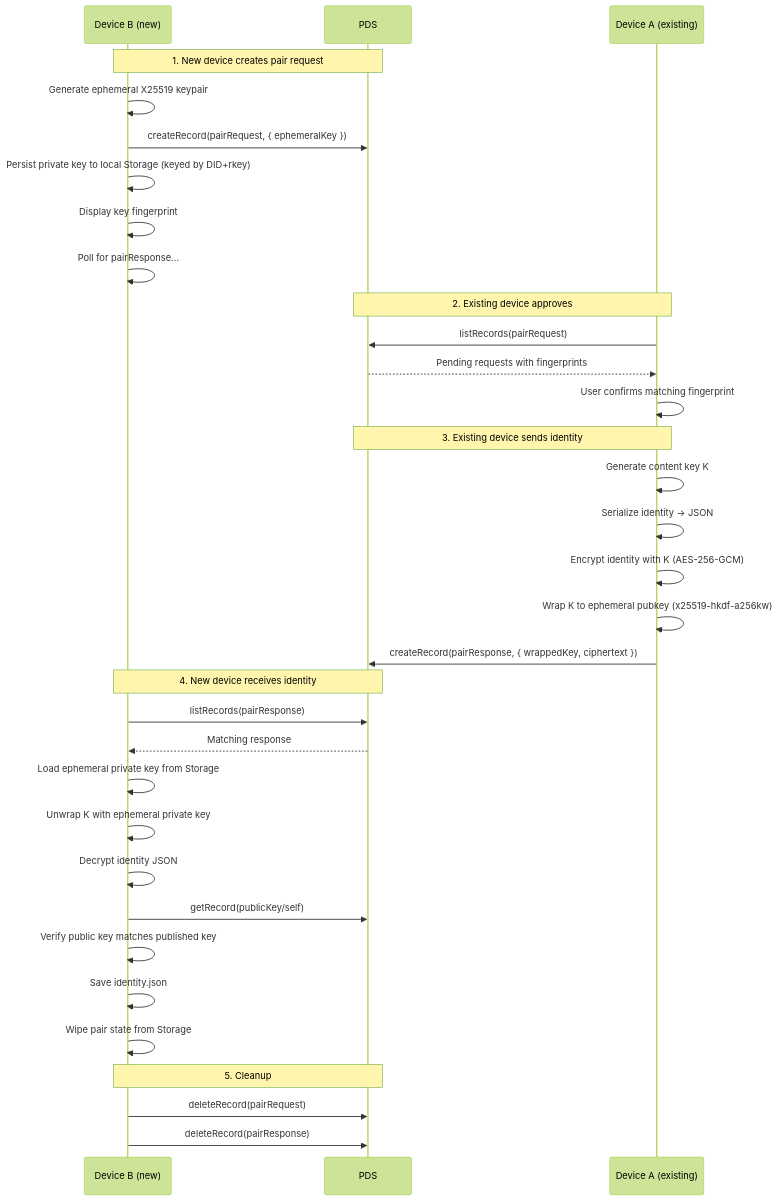
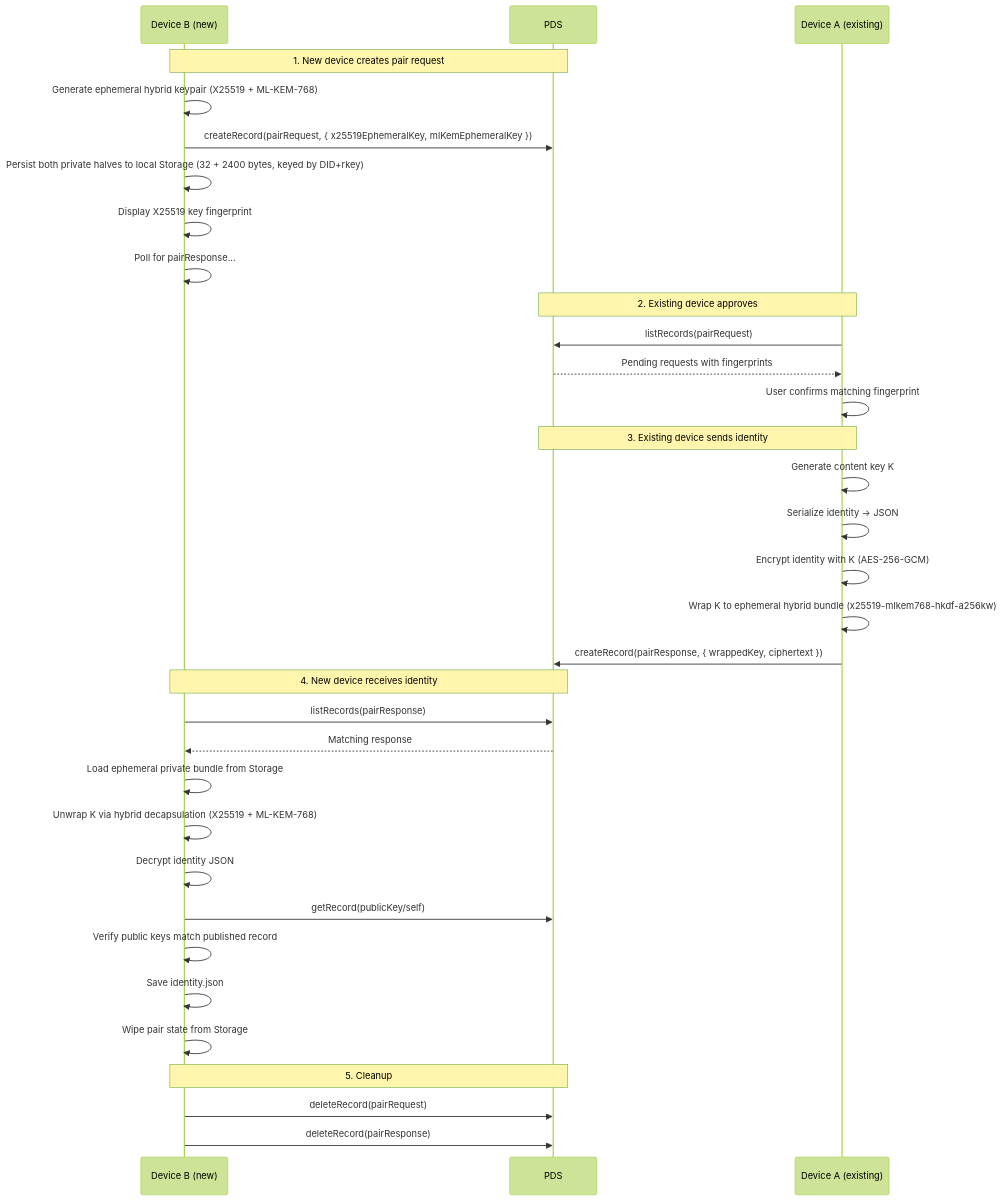
Before and after one commit to Sans-Self/Opake: the fifth of 5 diagrams in lexicons/README.md, drawn with Mermaid (forest theme). The commit also changed 4 other files, not shown here.

First line of the commit message:
Phase 5: documentation refresh for the hybrid KEM

````diff
--- a/lexicons/README.md
+++ b/lexicons/README.md
@@ -154,40 +154,40 @@
 ```mermaid
 sequenceDiagram
     participant DevB as Device B (new)
     participant PDS
     participant DevA as Device A (existing)
 
     Note over DevB,PDS: 1. New device creates pair request
-    DevB->>DevB: Generate ephemeral X25519 keypair
-    DevB->>PDS: createRecord(pairRequest, { ephemeralKey })
-    DevB->>DevB: Persist private key to local Storage (keyed by DID+rkey)
-    DevB->>DevB: Display key fingerprint
+    DevB->>DevB: Generate ephemeral hybrid keypair (X25519 + ML-KEM-768)
+    DevB->>PDS: createRecord(pairRequest, { x25519EphemeralKey, mlKemEphemeralKey })
+    DevB->>DevB: Persist both private halves to local Storage (32 + 2400 bytes, keyed by DID+rkey)
+    DevB->>DevB: Display X25519 key fingerprint
     DevB->>DevB: Poll for pairResponse...
 
     Note over DevA,PDS: 2. Existing device approves
     DevA->>PDS: listRecords(pairRequest)
     PDS-->>DevA: Pending requests with fingerprints
     DevA->>DevA: User confirms matching fingerprint
 
     Note over DevA,PDS: 3. Existing device sends identity
     DevA->>DevA: Generate content key K
     DevA->>DevA: Serialize identity → JSON
     DevA->>DevA: Encrypt identity with K (AES-256-GCM)
-    DevA->>DevA: Wrap K to ephemeral pubkey (x25519-hkdf-a256kw)
+    DevA->>DevA: Wrap K to ephemeral hybrid bundle (x25519-mlkem768-hkdf-a256kw)
     DevA->>PDS: createRecord(pairResponse, { wrappedKey, ciphertext })
 
     Note over DevB,PDS: 4. New device receives identity
     DevB->>PDS: listRecords(pairResponse)
     PDS-->>DevB: Matching response
-    DevB->>DevB: Load ephemeral private key from Storage
-    DevB->>DevB: Unwrap K with ephemeral private key
+    DevB->>DevB: Load ephemeral private bundle from Storage
+    DevB->>DevB: Unwrap K via hybrid decapsulation (X25519 + ML-KEM-768)
     DevB->>DevB: Decrypt identity JSON
     DevB->>PDS: getRecord(publicKey/self)
-    DevB->>DevB: Verify public key matches published key
+    DevB->>DevB: Verify public keys match published record
     DevB->>DevB: Save identity.json
     DevB->>DevB: Wipe pair state from Storage
 
     Note over DevB,PDS: 5. Cleanup
     DevB->>PDS: deleteRecord(pairRequest)
     DevB->>PDS: deleteRecord(pairResponse)
 ```
````
